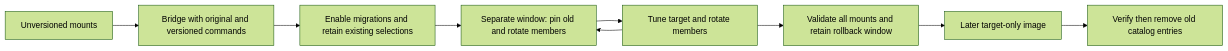
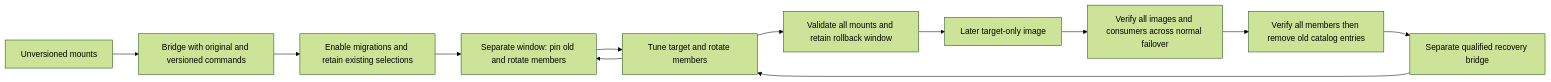
One commit to 0z5a/nvcf changed the diagram in docs/self-managed/runbooks/openbao-jwt-plugin-upgrade.md. Above: the diagram before and after it, drawn with Mermaid (forest theme). The commit also changed other lines of this file and 29 other files, not shown here.

````diff
--- a/docs/self-managed/runbooks/openbao-jwt-plugin-upgrade.md
+++ b/docs/self-managed/runbooks/openbao-jwt-plugin-upgrade.md
@@ -286,11 +445,14 @@
 ```mermaid
 flowchart LR
   A[Unversioned mounts] --> B[Bridge with original and versioned commands]
   B --> H[Enable migrations and retain existing selections]
   H --> C[Separate window: pin old and rotate members]
   C --> D[Tune target and rotate members]
   D --> E[Validate all mounts and retain rollback window]
   E --> F[Later target-only image]
-  F --> G[Verify then remove old catalog entries]
+  F --> I[Verify all images and consumers across normal failover]
+  I --> G[Verify all members then remove old catalog entries]
+  G --> R[Separate qualified recovery bridge]
+  R --> D
   D --> C
 ```
````
